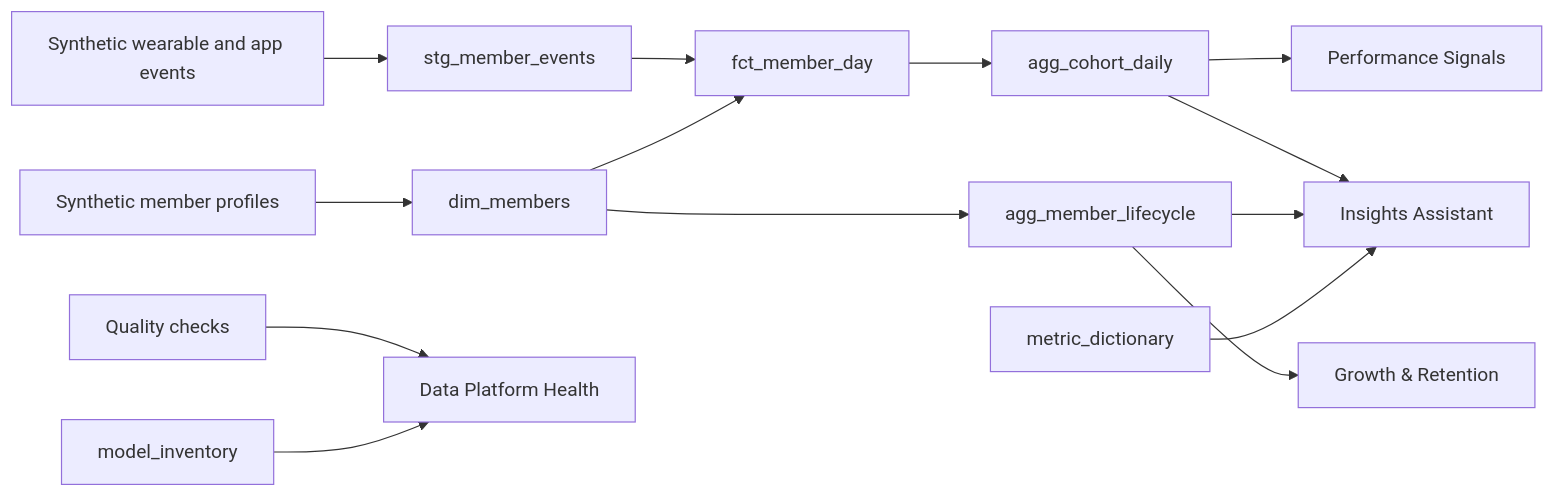
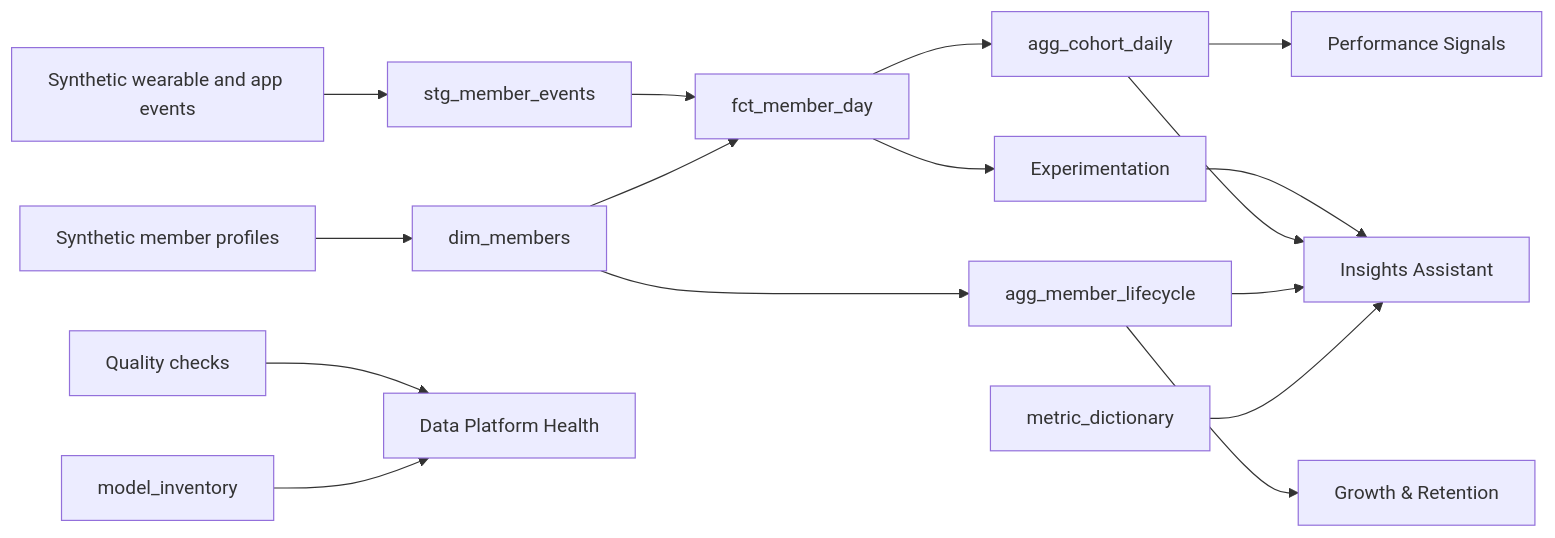
One commit to ravi-rajpurohit-gh/member-insights changed the diagram in README.md. Above: the diagram before and after it, drawn with Mermaid. The commit also changed other lines of this file and 10 other files, not shown here.

Commit message:
Add experimentation and optional local LLM assistant

````diff
--- a/README.md
+++ b/README.md
@@ -86,16 +89,18 @@
 ```mermaid
 flowchart LR
     A["Synthetic wearable and app events"] --> B["stg_member_events"]
     C["Synthetic member profiles"] --> D["dim_members"]
     B --> E["fct_member_day"]
     D --> E
     E --> F["agg_cohort_daily"]
     D --> L["agg_member_lifecycle"]
     F --> G["Performance Signals"]
     L --> R["Growth & Retention"]
-    F --> H["Insights Assistant"]
+    E --> X["Experimentation"]
+    X --> H["Insights Assistant"]
+    F --> H
     L --> H
     I["Quality checks"] --> P["Data Platform Health"]
     J["metric_dictionary"] --> H
     K["model_inventory"] --> P
 ```
````
